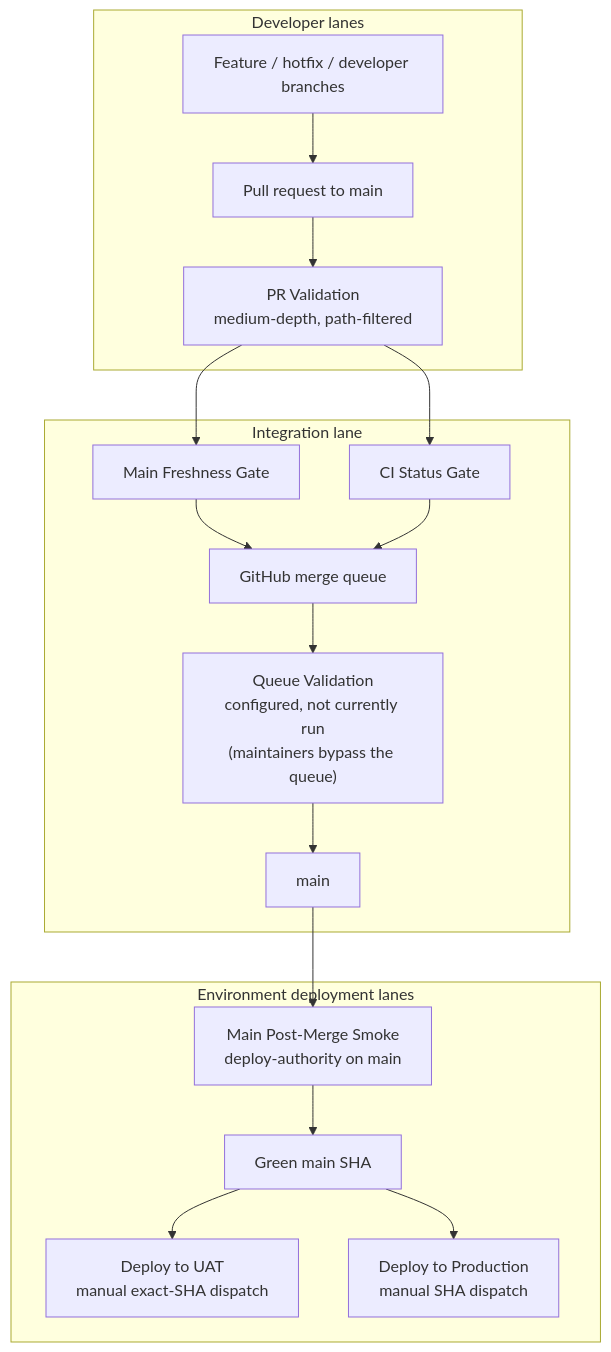
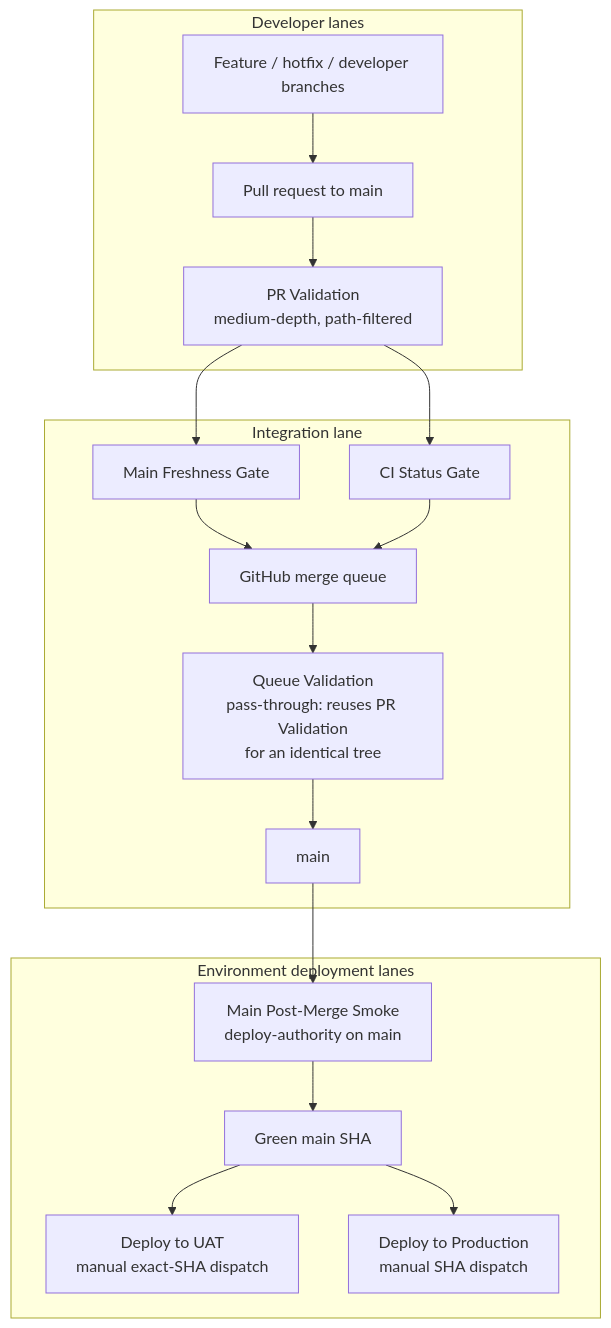
One commit to DamriaNeelesh/hushh-research changed the diagram in docs/reference/operations/ci.md. Above: the diagram before and after it, drawn with Mermaid. The commit also changed other lines of this file, not shown here.

Commit message:
ci: document the Vitest gate, the queue pass-through and parallel pytest

````diff
--- a/docs/reference/operations/ci.md
+++ b/docs/reference/operations/ci.md
@@ -6,32 +6,32 @@
 ```mermaid
 flowchart TB
   subgraph dev["Developer lanes"]
     feat["Feature / hotfix / developer branches"]
     pr["Pull request to main"]
     prci["PR Validation<br/>medium-depth, path-filtered"]
   end
 
   subgraph integration["Integration lane"]
     freshness["Main Freshness Gate"]
     status["CI Status Gate"]
-    queueci["Queue Validation<br/>configured, not currently run<br/>(maintainers bypass the queue)"]
+    queueci["Queue Validation<br/>pass-through: reuses PR Validation<br/>for an identical tree"]
     queue["GitHub merge queue"]
     main["main"]
   end
 
   subgraph release["Environment deployment lanes"]
     green["Green main SHA"]
     smoke["Main Post-Merge Smoke<br/>deploy-authority on main"]
     uat["Deploy to UAT<br/>manual exact-SHA dispatch"]
     prod["Deploy to Production<br/>manual SHA dispatch"]
   end
 
   feat --> pr --> prci
   prci --> freshness
   prci --> status
   freshness --> queue
   status --> queue
   queue --> queueci --> main --> smoke --> green
   green --> uat
   green --> prod
 ```
````
